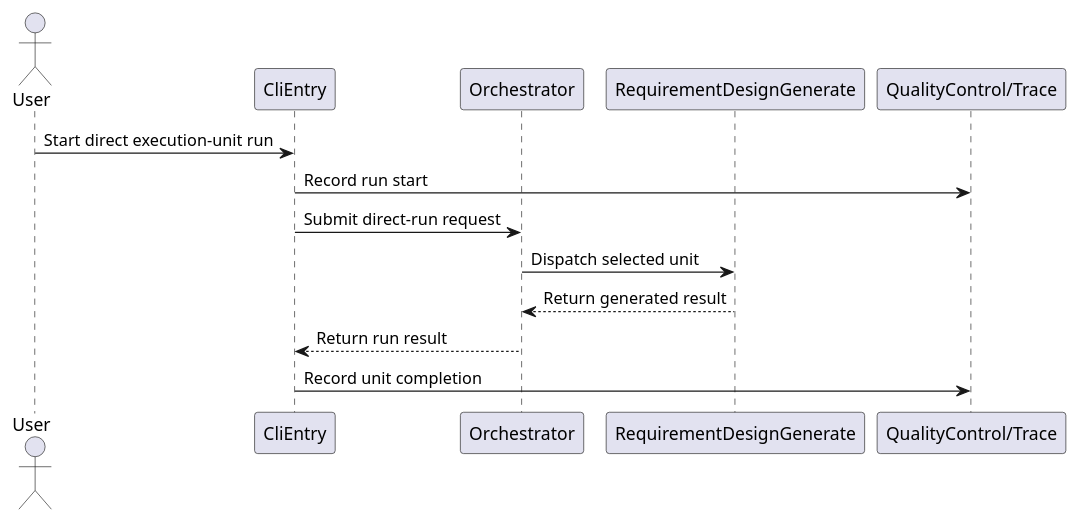
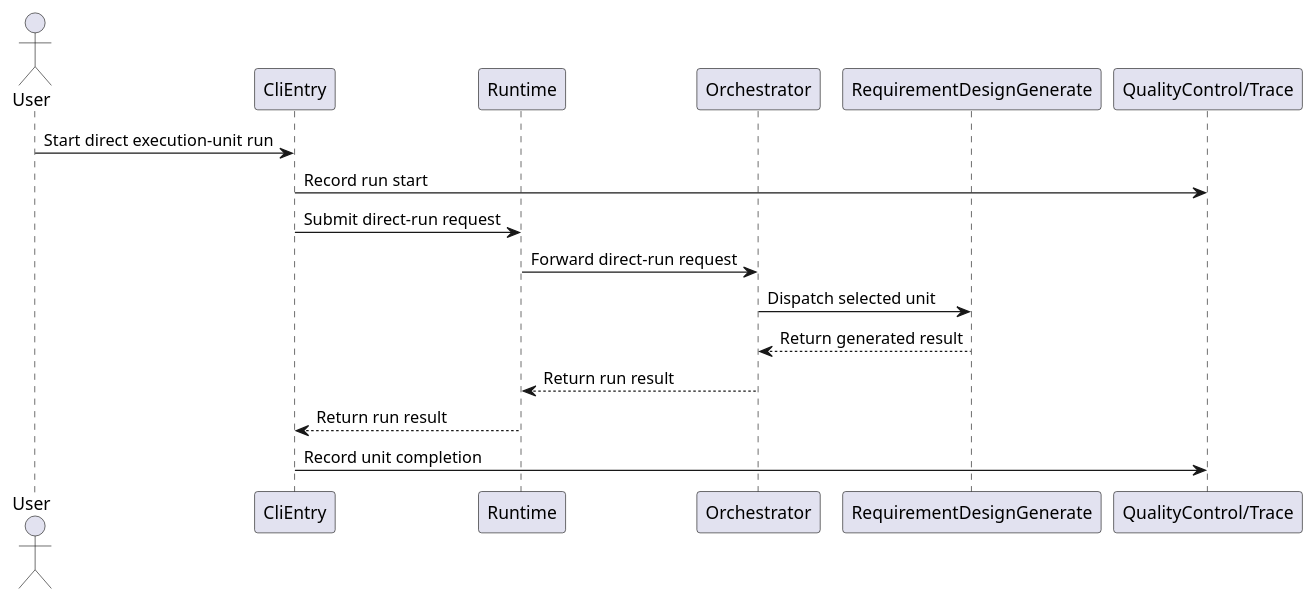
Before and after one commit to lucky-chen/ai_workflow_travel: the first of 8 diagrams in project_layer/docs/TechnicalArchitecture.md, drawn with PlantUML. The commit also changed other lines of this file and 16 other files, not shown here.

````diff
--- a/project_layer/docs/TechnicalArchitecture.md
+++ b/project_layer/docs/TechnicalArchitecture.md
@@ -782,16 +794,19 @@
 ```plantuml
 @startuml
 actor User
 participant CliEntry
+participant Runtime
 participant Orchestrator
 participant RequirementDesignGenerate
 participant "QualityControl/Trace" as Trace
 User -> CliEntry: Start direct execution-unit run
 CliEntry -> Trace: Record run start
-CliEntry -> Orchestrator: Submit direct-run request
+CliEntry -> Runtime: Submit direct-run request
+Runtime -> Orchestrator: Forward direct-run request
 Orchestrator -> RequirementDesignGenerate: Dispatch selected unit
 RequirementDesignGenerate --> Orchestrator: Return generated result
-Orchestrator --> CliEntry: Return run result
+Orchestrator --> Runtime: Return run result
+Runtime --> CliEntry: Return run result
 CliEntry -> Trace: Record unit completion
 @enduml
 ```
````
